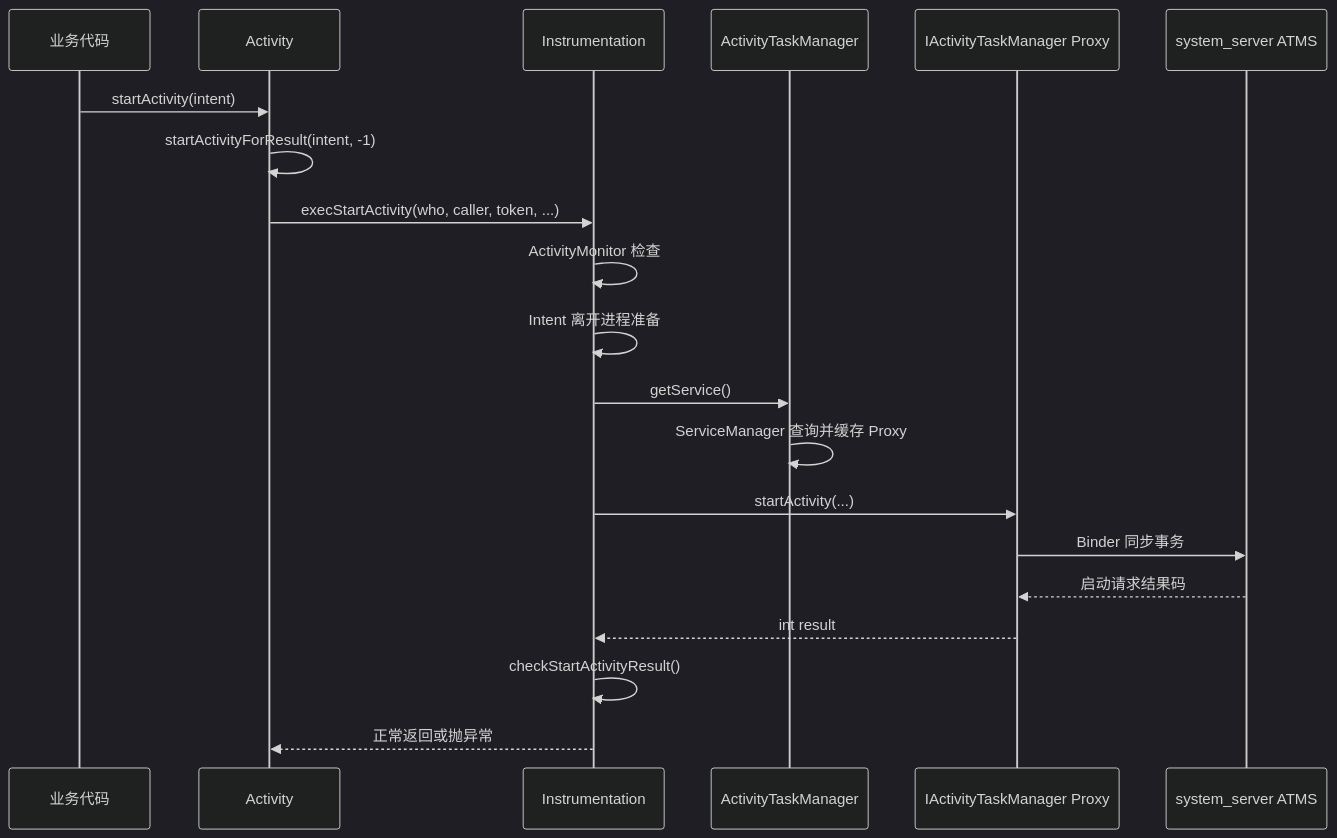
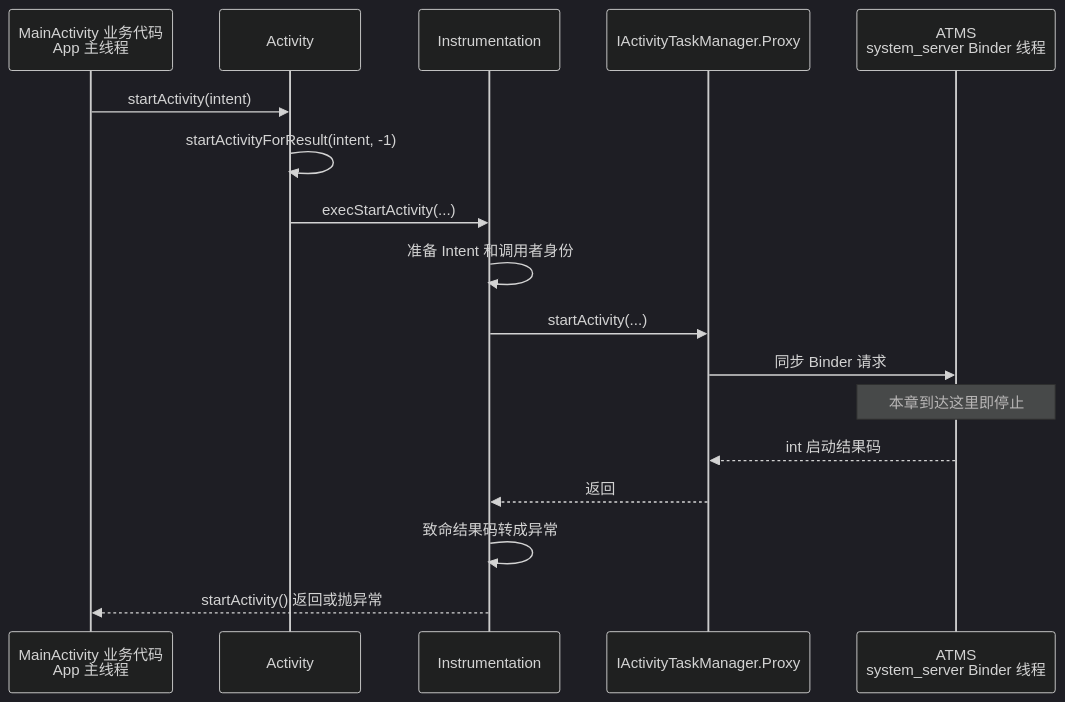
One commit to junyingzhao001/StudyNotes changed the diagram in Android源码学习/08-Activity启动流程之客户端请求.md. Above: the diagram before and after it, drawn with Mermaid (dark theme). The commit also changed other lines of this file and 93 other files, not shown here.

````diff
--- a/Android源码学习/08-Activity启动流程之客户端请求.md
+++ b/Android源码学习/08-Activity启动流程之客户端请求.md
@@ -825,23 +74,20 @@
 ```mermaid
 sequenceDiagram
-    participant Biz as 业务代码
-    participant Activity as Activity
-    participant Instr as Instrumentation
-    participant ATM as ActivityTaskManager
-    participant Proxy as IActivityTaskManager Proxy
-    participant ATMS as system_server ATMS
+    participant Biz as MainActivity 业务代码<br/>App 主线程
+    participant A as Activity
+    participant I as Instrumentation
+    participant P as IActivityTaskManager.Proxy
+    participant S as ATMS<br/>system_server Binder 线程
 
-    Biz->>Activity: startActivity(intent)
-    Activity->>Activity: startActivityForResult(intent, -1)
-    Activity->>Instr: execStartActivity(who, caller, token, ...)
-    Instr->>Instr: ActivityMonitor 检查
-    Instr->>Instr: Intent 离开进程准备
-    Instr->>ATM: getService()
-    ATM->>ATM: ServiceManager 查询并缓存 Proxy
-    Instr->>Proxy: startActivity(...)
-    Proxy->>ATMS: Binder 同步事务
-    ATMS-->>Proxy: 启动请求结果码
-    Proxy-->>Instr: int result
-    Instr->>Instr: checkStartActivityResult()
-    Instr-->>Activity: 正常返回或抛异常
+    Biz->>A: startActivity(intent)
+    A->>A: startActivityForResult(intent, -1)
+    A->>I: execStartActivity(...)
+    I->>I: 准备 Intent 和调用者身份
+    I->>P: startActivity(...)
+    P->>S: 同步 Binder 请求
+    Note over S: 本章到达这里即停止
+    S-->>P: int 启动结果码
+    P-->>I: 返回
+    I->>I: 致命结果码转成异常
+    I-->>Biz: startActivity() 返回或抛异常
 ```
````
